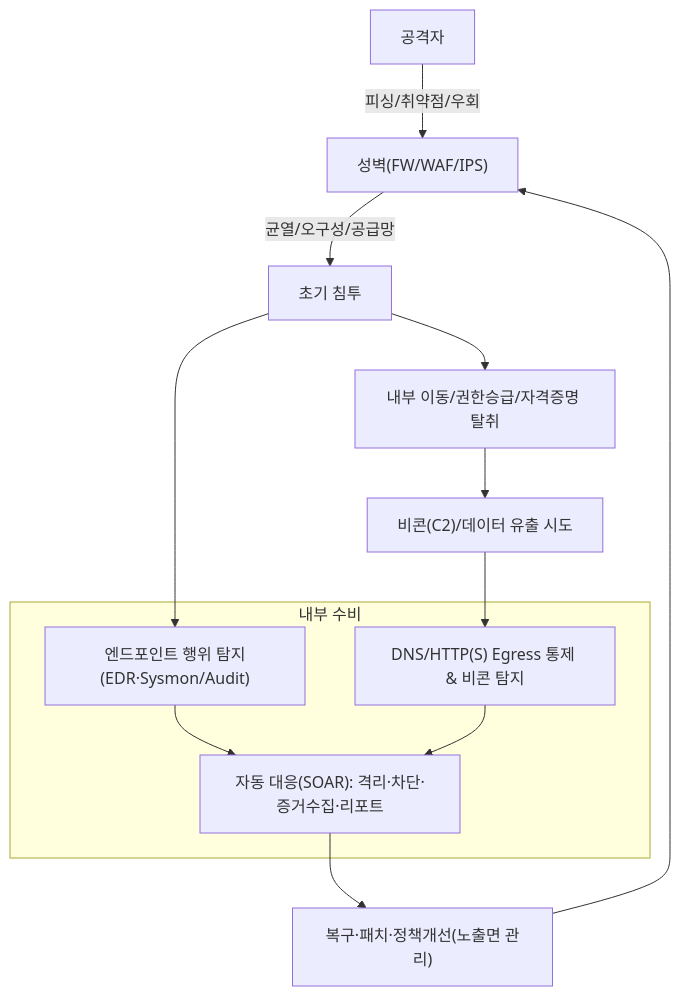
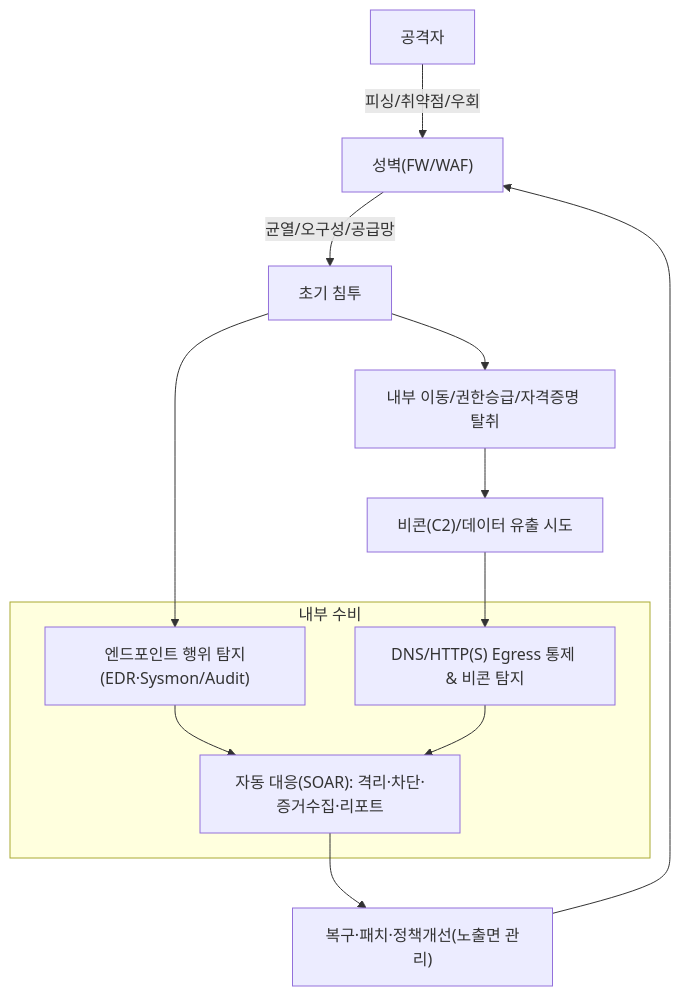
The diagram in content/ko/column/castle-defense-robot.md (qubitsec/blog), drawn with Mermaid before and after one commit. The commit also changed other lines of this file, not shown here.

````diff
--- a/content/ko/column/castle-defense-robot.md
+++ b/content/ko/column/castle-defense-robot.md
@@ -221,20 +221,20 @@
 ```mermaid
 flowchart TD
-  A[공격자] -->|"피싱/취약점/우회"| B["성벽(FW/WAF/IPS)"]
+  A[공격자] -->|"피싱/취약점/우회"| B["성벽(FW/WAF)"]
   B -->|"균열/오구성/공급망"| C[초기 침투]
   C --> D["내부 이동/권한승급/자격증명 탈취"]
   D --> E["비콘(C2)/데이터 유출 시도"]
   
   subgraph 내부 수비
     F["엔드포인트 행위 탐지(EDR·Sysmon/Audit)"]
     G["DNS/HTTP(S) Egress 통제 & 비콘 탐지"]
     H["자동 대응(SOAR): 격리·차단·증거수집·리포트"]
   end
 
   C --> F
   E --> G
   F --> H
   G --> H
   H --> I["복구·패치·정책개선(노출면 관리)"]
   I --> B
 ```
````
